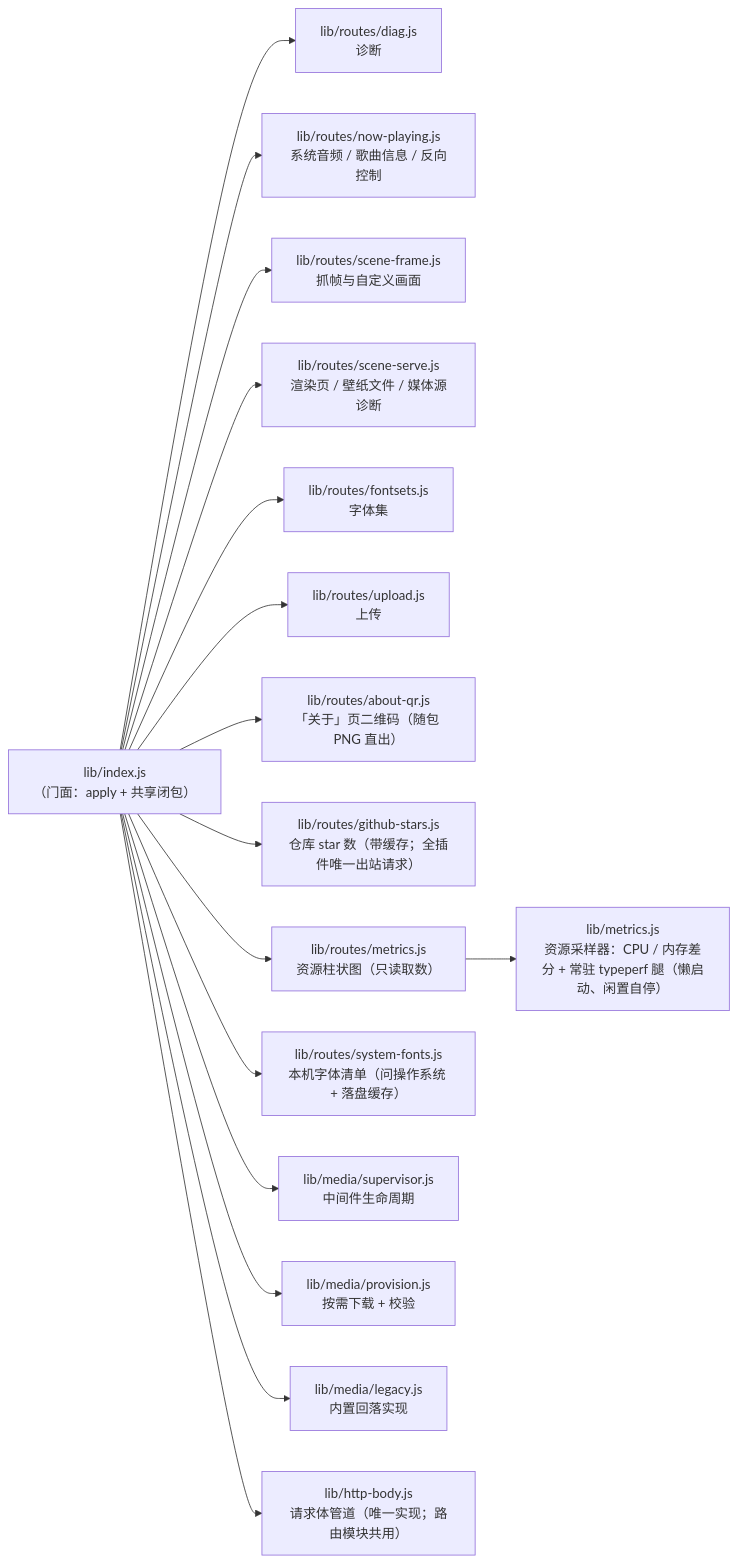
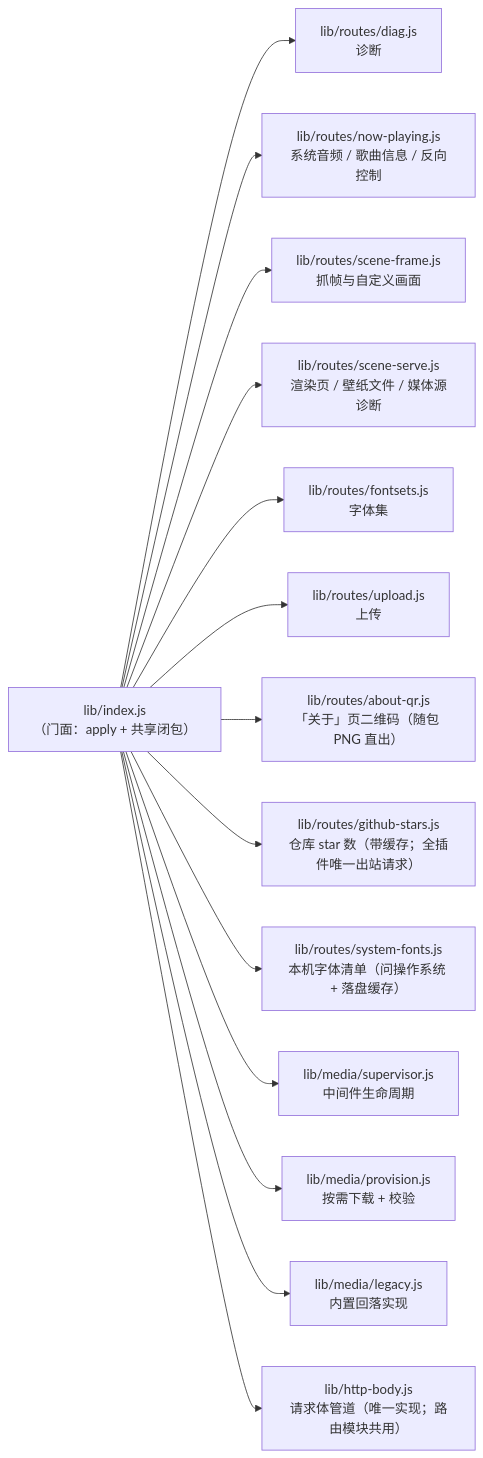
The second of 5 diagrams in docs/CODE-STRUCTURE.md (YV3507/dsh-wallpaper-engine), drawn with Mermaid before and after one commit. The commit also changed other lines of this file and 27 other files, not shown here.

First line of the commit message:
chore(ext): 「扩展」一号模块「硬件资源监控柱状图」整体退役 —— 四份实现删除 + 30 键 / 路由 / 视差连带面 / 守卫夹具全摘

````diff
--- a/docs/CODE-STRUCTURE.md
+++ b/docs/CODE-STRUCTURE.md
@@ -110,19 +110,17 @@
 ```mermaid
 graph LR
     IDX["lib/index.js<br/>（门面：apply + 共享闭包）"]
     IDX --> R1["lib/routes/diag.js<br/>诊断"]
     IDX --> R2["lib/routes/now-playing.js<br/>系统音频 / 歌曲信息 / 反向控制"]
     IDX --> R3["lib/routes/scene-frame.js<br/>抓帧与自定义画面"]
     IDX --> R4["lib/routes/scene-serve.js<br/>渲染页 / 壁纸文件 / 媒体源诊断"]
     IDX --> R5["lib/routes/fontsets.js<br/>字体集"]
     IDX --> R6["lib/routes/upload.js<br/>上传"]
     IDX --> R7["lib/routes/about-qr.js<br/>「关于」页二维码（随包 PNG 直出）"]
     IDX --> R8["lib/routes/github-stars.js<br/>仓库 star 数（带缓存；全插件唯一出站请求）"]
-    IDX --> R9["lib/routes/metrics.js<br/>资源柱状图（只读取数）"]
-    R9 --> M4["lib/metrics.js<br/>资源采样器：CPU / 内存差分 + 常驻 typeperf 腿（懒启动、闲置自停）"]
     IDX --> R10["lib/routes/system-fonts.js<br/>本机字体清单（问操作系统 + 落盘缓存）"]
     IDX --> M1["lib/media/supervisor.js<br/>中间件生命周期"]
     IDX --> M2["lib/media/provision.js<br/>按需下载 + 校验"]
     IDX --> M3["lib/media/legacy.js<br/>内置回落实现"]
     IDX --> H1["lib/http-body.js<br/>请求体管道（唯一实现；路由模块共用）"]
 ```
````
